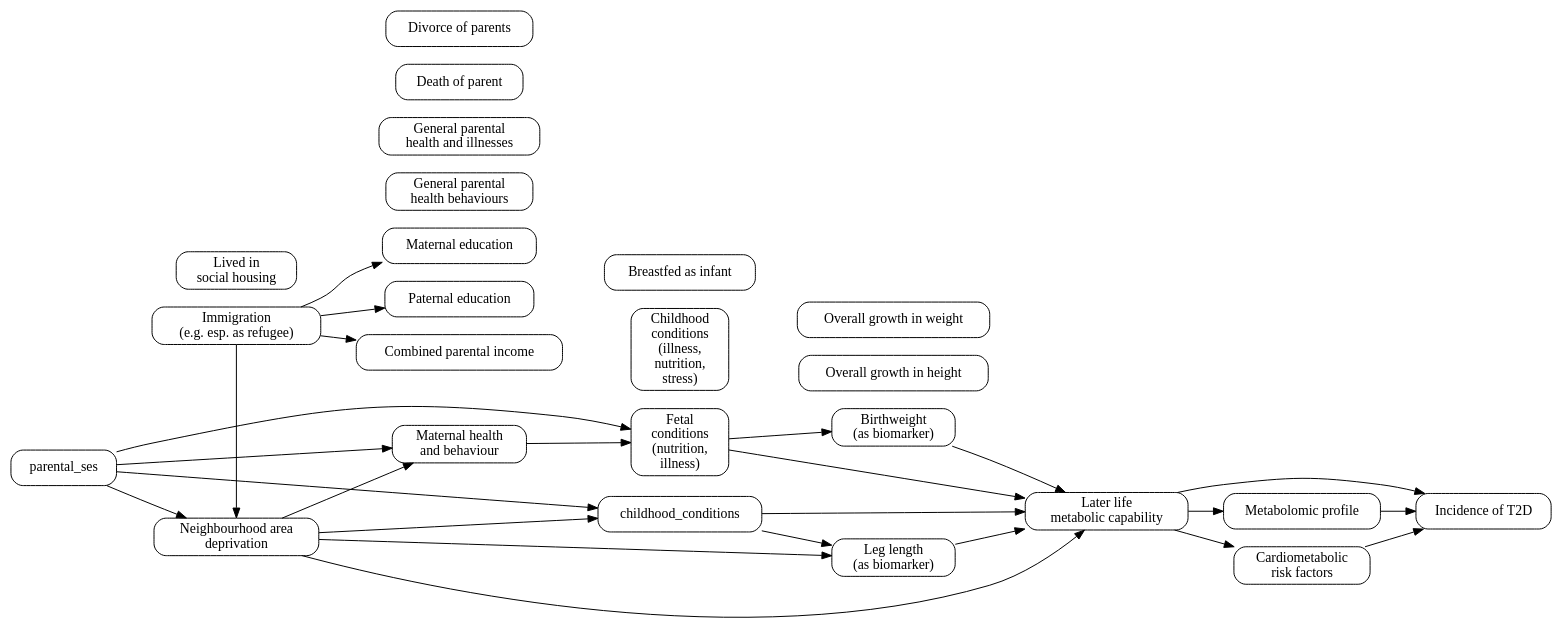
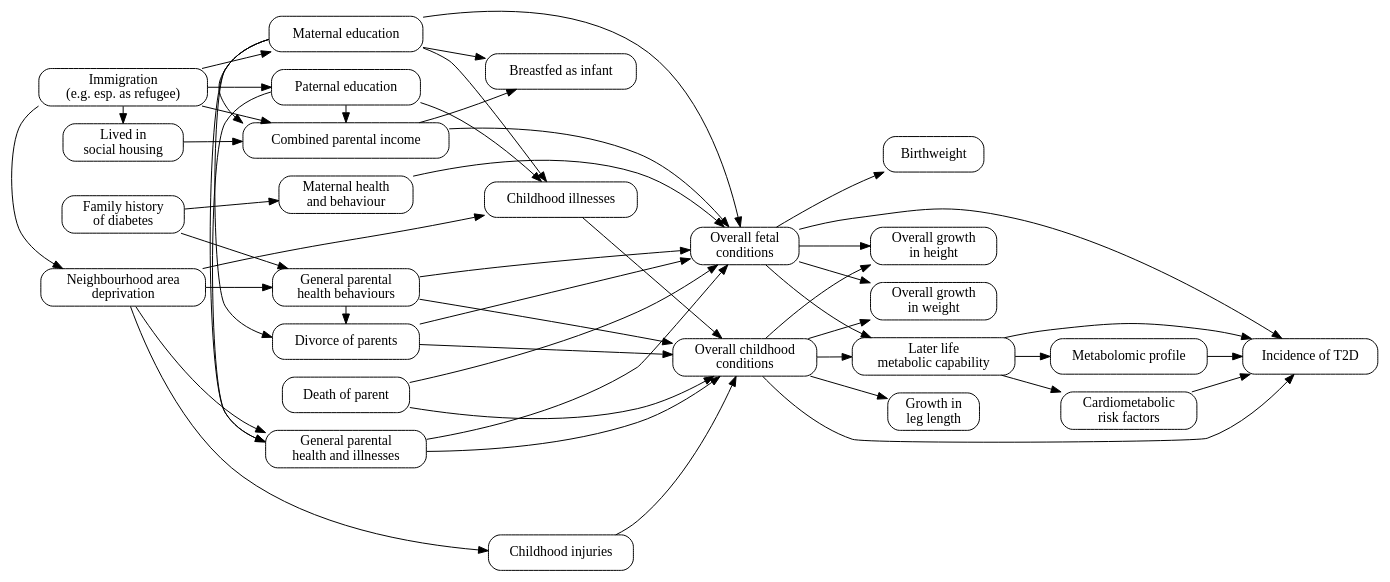
The diagram in R/dag.gv (steno-aarhus/darter-project), drawn with Graphviz before and after one commit. The commit also changed 3 other files, not shown here.

```diff
--- a/R/dag.gv
+++ b/R/dag.gv
@@ -1,69 +1,96 @@
 
 digraph {
     graph [rankdir = LR]
 
     node [shape = box, style = rounded]
 
-    #early_life_adversity [label = "Early life adversity"]
+    # early_life_adversity [label = "Early life adversity"]
     later_life_metabolic_capability [label = "Later life \n metabolic capability"]
 
     {
         rank = same;
         migration [label = "Immigration \n (e.g. esp. as refugee)"]
         area_deprivation [label = "Neighbourhood area \n deprivation"]
         social_housing [label = "Lived in \n social housing"]
+        family_history_dm [label = "Family history \n of diabetes"]
     }
 
     {
         rank = same;
         parental_income [label = "Combined parental income"]
         maternal_education [label = "Maternal education"]
         paternal_education [label = "Paternal education"]
         maternal_health [label = "Maternal health \n and behaviour"]
         parental_health [label = "General parental \n health behaviours"]
         parental_illness [label = "General parental \n health and illnesses"]
         parental_death [label = "Death of parent"]
         parental_divorce [label = "Divorce of parents"]
     }
 
     {
         rank = same;
-        fetal_conditions [label = "Fetal \n conditions \n (nutrition, \n illness)"]
-
-
+        childhood_injury [label = "Childhood injuries"]
         childhood_illness [label = "Childhood illnesses"]
         breastfed [label = "Breastfed as infant"]
-        childhood_illness [label = "Childhood \n conditions \n (illness, \n nutrition, \n stress)"]
     }
     {
         rank = same;
-        leg_length [label = "Leg length \n (as biomarker)"]
-        total_height [label = "Overall growth in height"]
-        total_mass [label = "Overall growth in weight"]
-        birthweight [label = "Birthweight \n (as biomarker)"]
+        fetal_conditions [label = "Overall fetal \n conditions"]
+        childhood_conditions [label = "Overall childhood \n conditions"]
+    }
+    {
+        rank = same;
+        leg_length [label = "Growth in \n leg length"]
+        total_height [label = "Overall growth \n in height"]
+        total_mass [label = "Overall growth \n in weight"]
+        birthweight [label = "Birthweight"]
     }
 
     {
         rank = same;
         metabolomic_profile [label = "Metabolomic profile"]
         cardiometabolic_risk_factors [label = "Cardiometabolic \n risk factors"]
     }
 
     {
         rank = same;
         dm_cvd [label = "Incidence of T2D"]
     }
 
-    {fetal_conditions birthweight childhood_conditions area_deprivation leg_length} ->
-        later_life_metabolic_capability
+    # Influences on parental circumstances
+    migration ->
+        {area_deprivation parental_income maternal_education paternal_education social_housing}
+    area_deprivation ->
+        {childhood_illness childhood_injury parental_health parental_illness}
+    social_housing -> parental_income
+    family_history_dm -> {parental_health maternal_health}
 
+    # Influences on childhood conditions
+    {maternal_education parental_health} -> parental_divorce
+    {maternal_education parental_income} -> breastfed
+    {parental_death parental_divorce parental_illness parental_health} ->
+        {childhood_conditions fetal_conditions}
+    {paternal_education maternal_education} ->
+        {parental_illness parental_income}
+    {maternal_education paternal_education} -> childhood_illness
+    {childhood_injury childhood_illness} -> childhood_conditions
+
+    # Influences on fetal conditions
+    maternal_health -> fetal_conditions
+    {maternal_education parental_income} -> fetal_conditions
+
+    # Early life influences on stature
+    {fetal_conditions childhood_conditions} ->
+        {total_height total_mass}
+
+    childhood_conditions -> leg_length
     fetal_conditions -> birthweight
-    {childhood_conditions area_deprivation} -> leg_length
 
-    migration -> {area_deprivation parental_income maternal_education paternal_education}
-    area_deprivation -> {childhood_conditions maternal_health}
-    parental_ses -> {childhood_conditions fetal_conditions maternal_health area_deprivation}
-    maternal_health -> fetal_conditions
+    # Early life conditions on later health
+    {fetal_conditions childhood_conditions} ->
+        {later_life_metabolic_capability dm_cvd}
+
+    # Metabolic health on disease outcome
     later_life_metabolic_capability -> {dm_cvd cardiometabolic_risk_factors metabolomic_profile}
     {cardiometabolic_risk_factors metabolomic_profile} -> dm_cvd
 }
```
